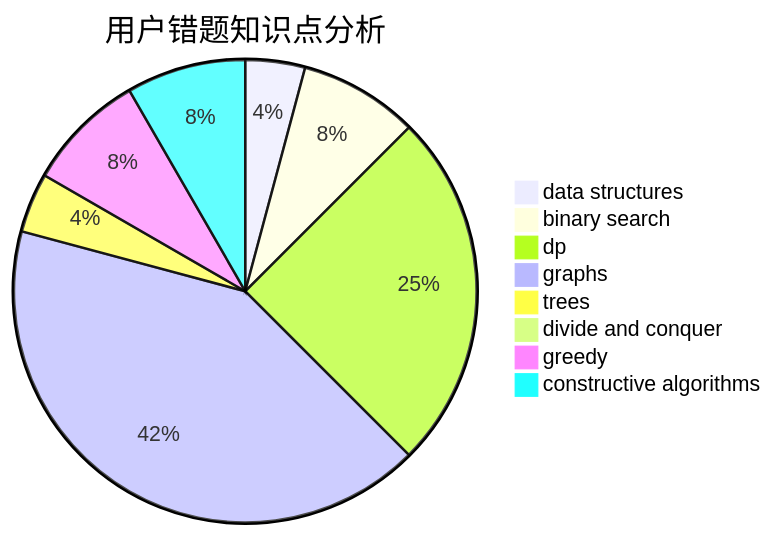
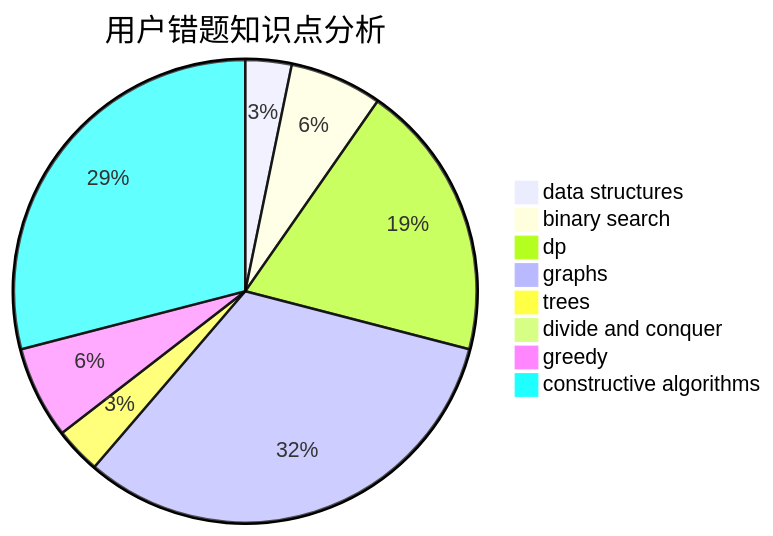
The third of 3 diagrams in docs/user/u1054.md (sherpahu/cfrs.github.io), drawn with Mermaid before and after one commit. The commit also changed other lines of this file and 2770 other files, not shown here.

````diff
--- a/docs/user/u1054.md
+++ b/docs/user/u1054.md
@@ -36,11 +36,11 @@
 ```mermaid
 pie title 用户错题知识点分析
     "data structures" :  1
     "binary search" :  2
     "dp" :  6
     "graphs" :  10
     "trees" :  1
     "divide and conquer" :  0
     "greedy" :  2
-    "constructive algorithms" :  2
+    "constructive algorithms" :  9
 ```
````
